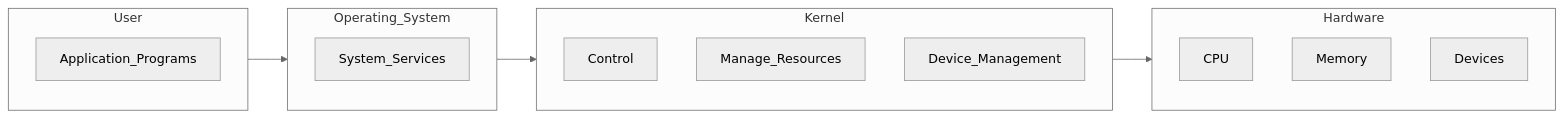
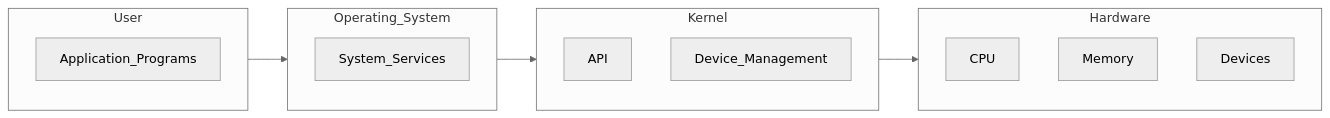
Before and after one commit to moonpiedumplings/moonpiedumplings.github.io: the diagram in talks/containers/revealjs.qmd, drawn with Mermaid (neutral theme). The commit also changed other lines of this file, not shown here.

Commit message:
more container talk

````diff
--- a/talks/containers/revealjs.qmd
+++ b/talks/containers/revealjs.qmd
@@ -18,26 +18,25 @@
 ```{mermaid}
-graph LR
+graph LR;
     subgraph Hardware
         CPU
         Memory
         Devices
-    end
+    end;
 
     subgraph Kernel
-        Control
-        Manage_Resources
+        API
         Device_Management
-    end
+    end;
 
     subgraph Operating_System
         System_Services
-    end
+    end;
 
     subgraph User
         Application_Programs
-    end
+    end;
 
-    User --> Operating_System
-    Operating_System --> Kernel
-    Kernel --> Hardware
+    User --> Operating_System;
+    Operating_System --> Kernel;
+    Kernel --> Hardware;
 ```
````
